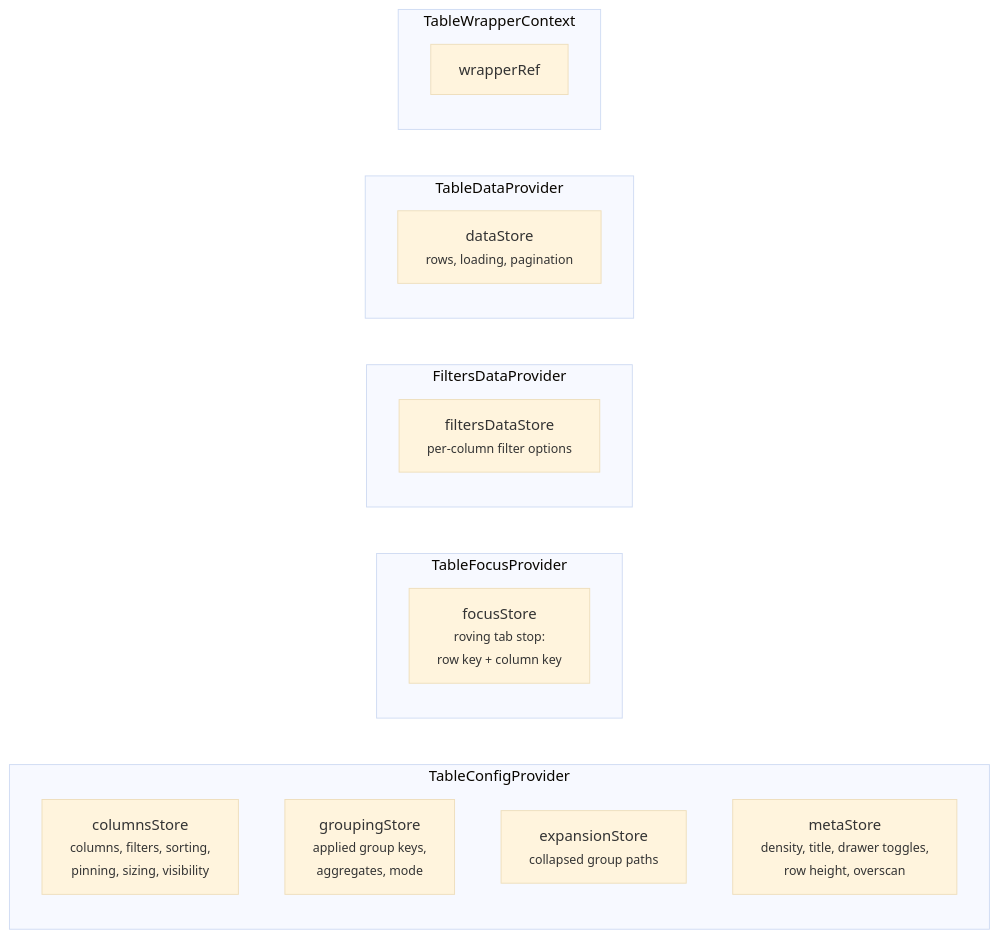
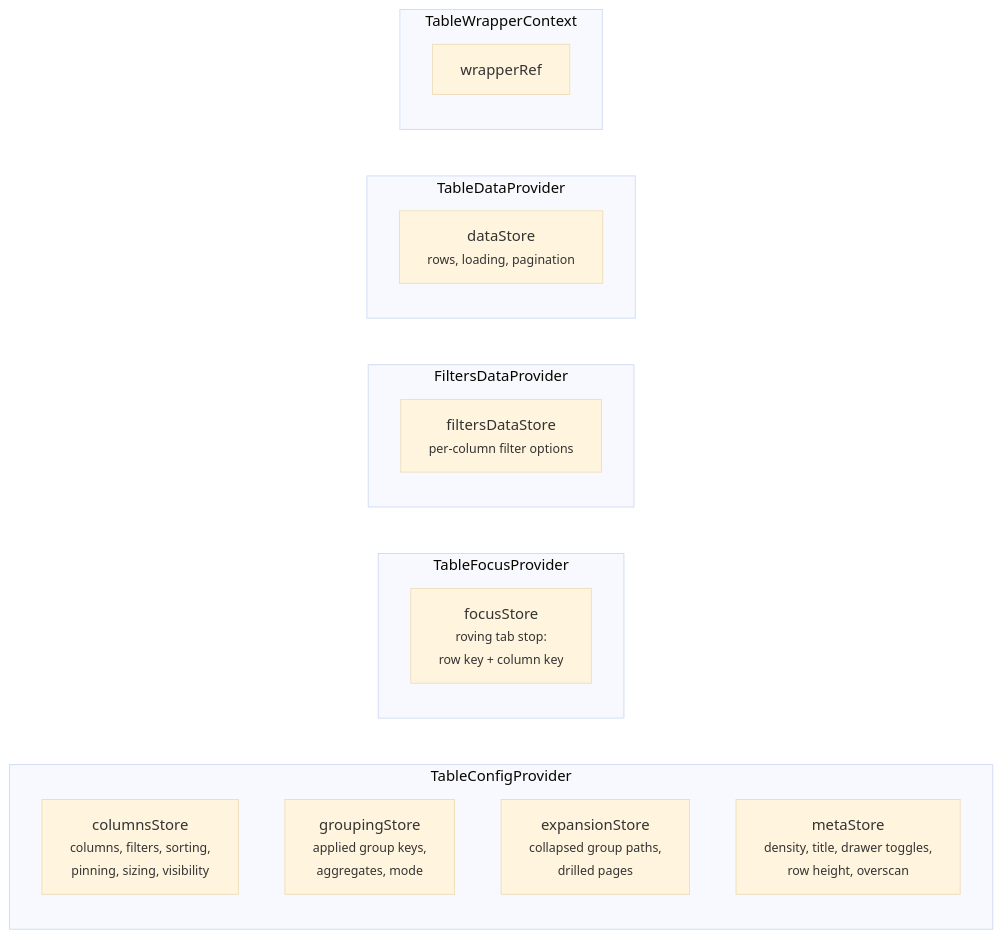
The second of 4 diagrams in packages/ui/src/components/Table/ARCHITECTURE.md (luciocabrera/lcabrera-stack), drawn with Mermaid (base theme) before and after one commit. The commit also changed other lines of this file and 3 other files, not shown here.

````diff
--- a/packages/ui/src/components/Table/ARCHITECTURE.md
+++ b/packages/ui/src/components/Table/ARCHITECTURE.md
@@ -89,25 +89,25 @@
 ```mermaid
 graph LR
   subgraph "TableConfigProvider"
     CS["columnsStore<br/><small>columns, filters, sorting,<br/>pinning, sizing, visibility</small>"]
     GS["groupingStore<br/><small>applied group keys,<br/>aggregates, mode</small>"]
-    ES["expansionStore<br/><small>collapsed group paths</small>"]
+    ES["expansionStore<br/><small>collapsed group paths,<br/>drilled pages</small>"]
     MS["metaStore<br/><small>density, title, drawer toggles,<br/>row height, overscan</small>"]
   end
 
   subgraph "TableFocusProvider"
     FoS["focusStore<br/><small>roving tab stop:<br/>row key + column key</small>"]
   end
 
   subgraph "FiltersDataProvider"
     FS["filtersDataStore<br/><small>per-column filter options</small>"]
   end
 
   subgraph "TableDataProvider"
     DS["dataStore<br/><small>rows, loading, pagination</small>"]
   end
 
   subgraph "TableWrapperContext"
     WR["wrapperRef"]
   end
 ```
````
